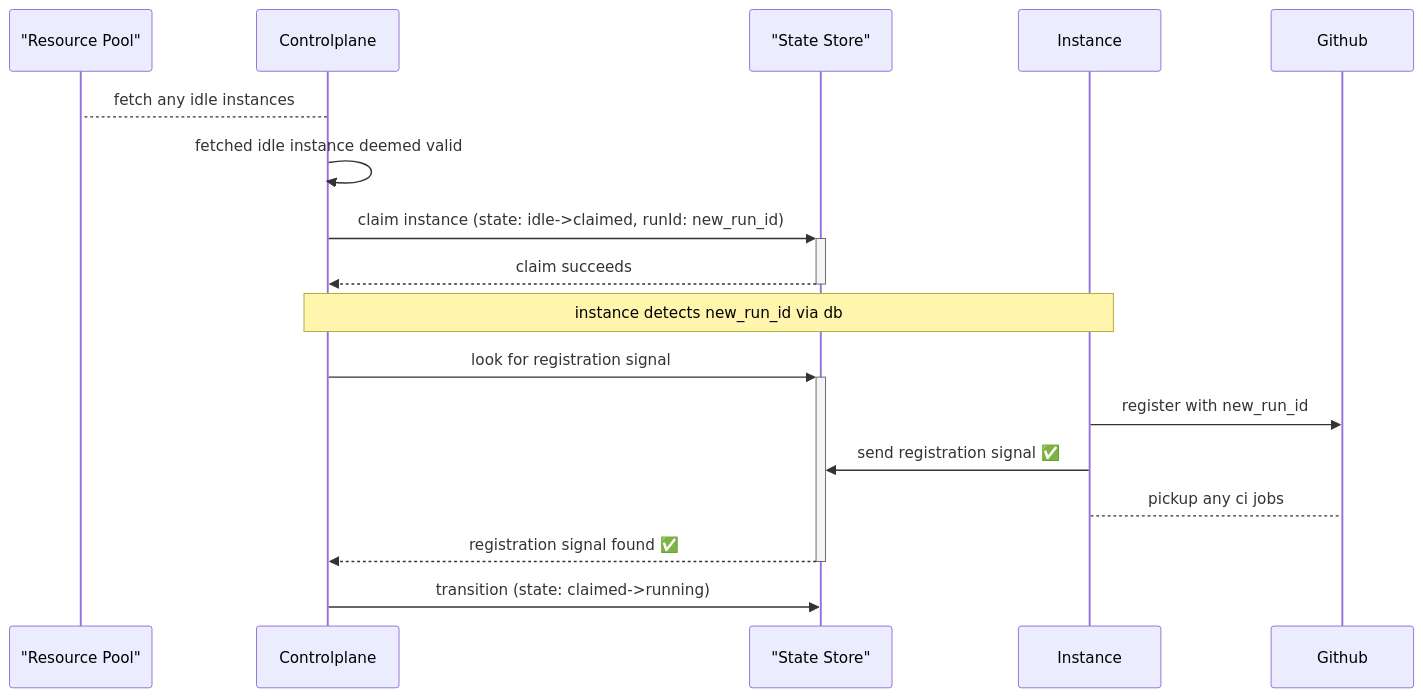
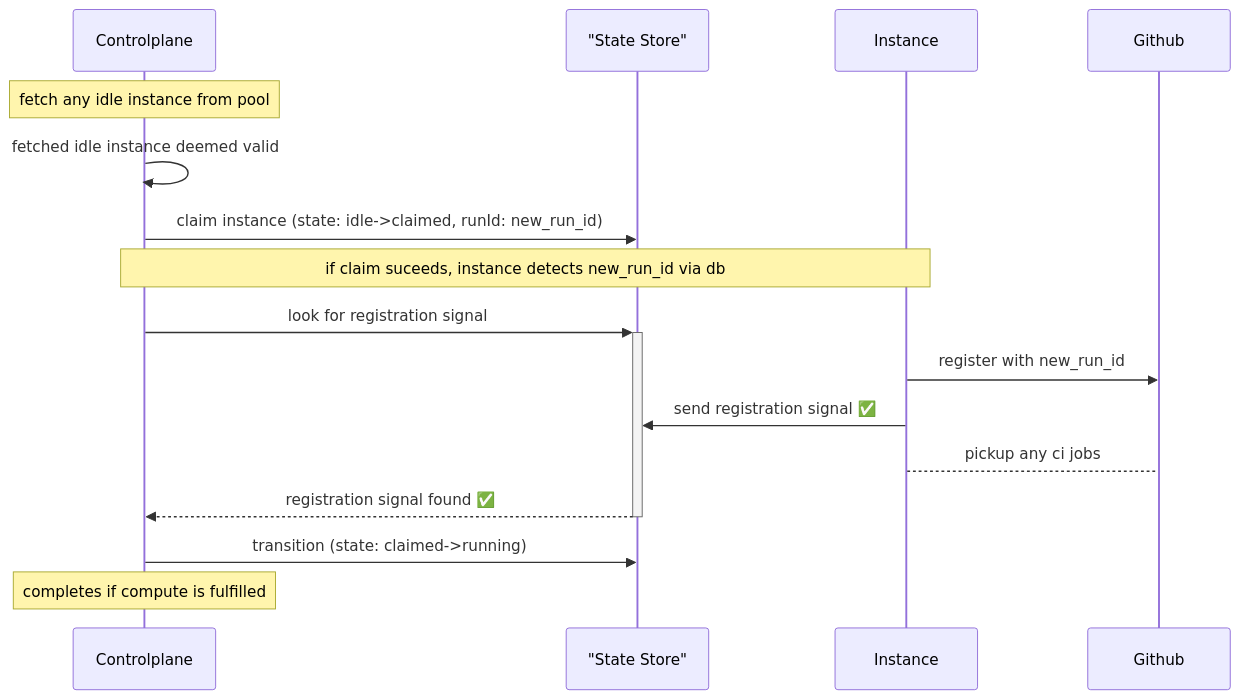
One commit to fleet-actions/ec2-runner-pool-manager changed the third of 5 diagrams in docs/architecture/overview.md. Above: the diagram before and after it, drawn with Mermaid. The commit also changed other lines of this file, not shown here.

Commit message:
docs: refine instance claiming sequence diagram

````diff
--- a/docs/architecture/overview.md
+++ b/docs/architecture/overview.md
@@ -244,24 +244,22 @@
     ```mermaid
     sequenceDiagram
-        participant SQS_Pool as "Resource Pool"
         participant Controlplane
         participant DynamoDB as "State Store"
         participant Instance
         participant Github
 
-        Controlplane-->SQS_Pool: fetch any idle instances
+        Note over Controlplane: fetch any idle instance from pool
         Controlplane->>Controlplane: fetched idle instance deemed valid
         
-        Controlplane->>+DynamoDB: claim instance (state: idle->claimed, runId: new_run_id)
-        DynamoDB-->>-Controlplane: claim succeeds
-        Note over Controlplane, Instance: instance detects new_run_id via db
+        Controlplane->>DynamoDB: claim instance (state: idle->claimed, runId: new_run_id)
+        Note over Controlplane, Instance: if claim suceeds, instance detects new_run_id via db
         Controlplane->>+DynamoDB: look for registration signal
         
         Instance->>Github: register with new_run_id
         Instance->>DynamoDB: send registration signal ✅
         Instance-->Github: pickup any ci jobs
         DynamoDB-->>-Controlplane: registration signal found ✅
         
-
         Controlplane->>DynamoDB: transition (state: claimed->running)
+        Note over Controlplane: completes if compute is fulfilled
     ```
````
